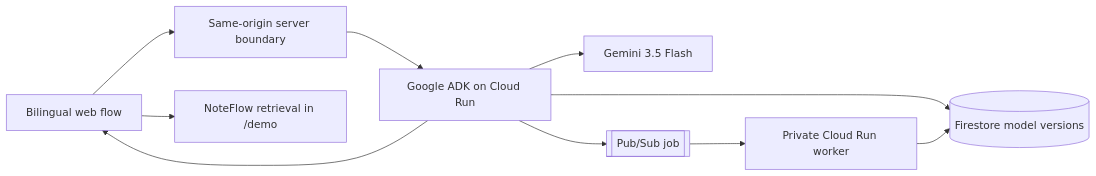
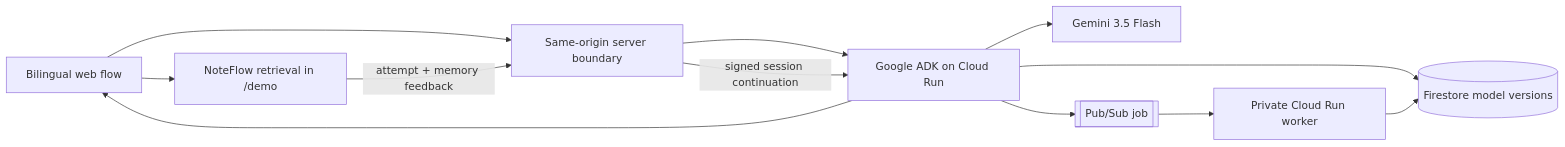
One commit to Dollars7/NoteFlow-Agent-Hackathon-2026 changed the first of 2 diagrams in README.md. Above: the diagram before and after it, drawn with Mermaid. The commit also changed other lines of this file and 3 other files, not shown here.

````diff
--- a/README.md
+++ b/README.md
@@ -150,12 +153,14 @@
 ```mermaid
 flowchart LR
     Web["Bilingual web flow"] --> Proxy["Same-origin server boundary"]
     Proxy --> API["Google ADK on Cloud Run"]
     API --> Gemini["Gemini 3.5 Flash"]
     API --> Firestore[("Firestore model versions")]
     API --> PubSub[["Pub/Sub job"]]
     PubSub --> Worker["Private Cloud Run worker"]
     Worker --> Firestore
     API --> Web
     Web --> Practice["NoteFlow retrieval in /demo"]
+    Practice -->|"attempt + memory feedback"| Proxy
+    Proxy -->|"signed session continuation"| API
 ```
````
